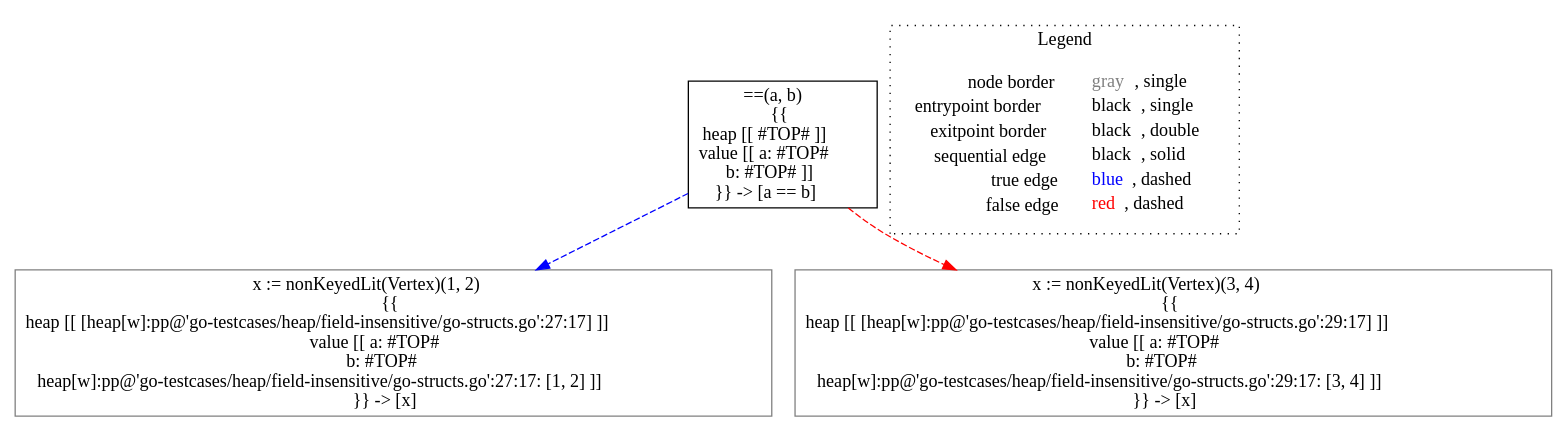
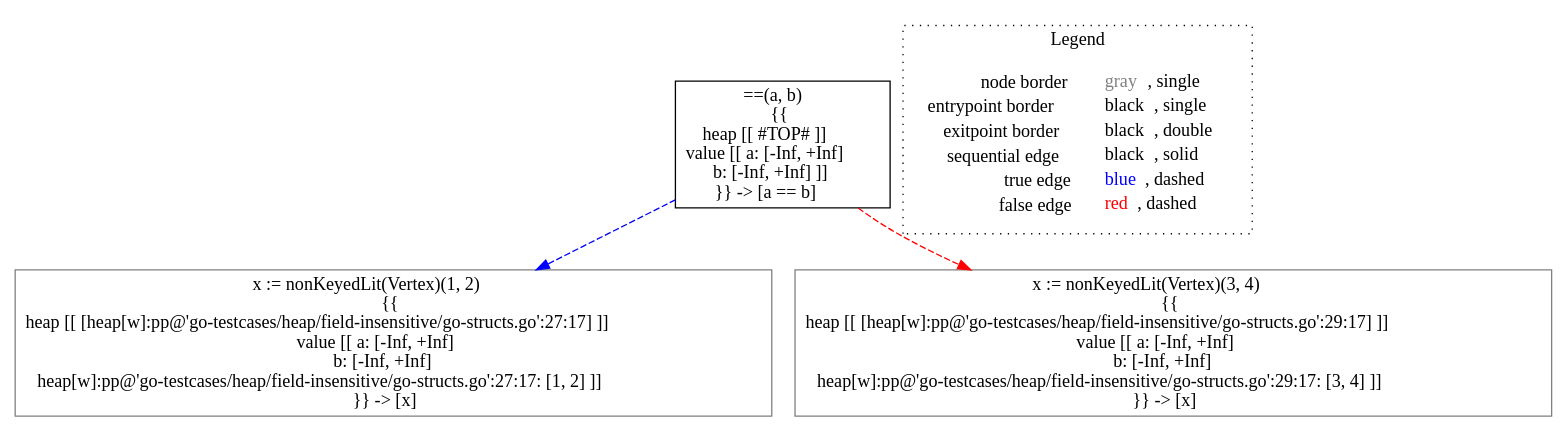
Before and after one commit to lisa-analyzer/go-lisa: the diagram in go-lisa/go-testcases/heap/field-insensitive/analysis___float64_~LiSAProgram.ifAlloc(int_a,_int_b).dot, drawn with Graphviz. The commit also changed 25 other files, not shown here.

```diff
--- a/go-lisa/go-testcases/heap/field-insensitive/analysis___float64_~LiSAProgram.ifAlloc(int_a,_int_b).dot
+++ b/go-lisa/go-testcases/heap/field-insensitive/analysis___float64_~LiSAProgram.ifAlloc(int_a,_int_b).dot
@@ -1,14 +1,14 @@
 digraph {
-	"node0" [shape="rect",color="black",label=<==(a, b)<BR/>{{<BR/>heap [[ #TOP# ]]<BR/>value [[ a: #TOP#<BR/>b: #TOP# ]]<BR/>}} -&gt; [a == b]>];
-	"node1" [shape="rect",color="gray",label=<x := nonKeyedLit(Vertex)(1, 2)<BR/>{{<BR/>heap [[ [heap[w]:pp@'go-testcases/heap/field-insensitive/go-structs.go':27:17] ]]<BR/>value [[ a: #TOP#<BR/>b: #TOP#<BR/>heap[w]:pp@'go-testcases/heap/field-insensitive/go-structs.go':27:17: [1, 2] ]]<BR/>}} -&gt; [x]>];
-	"node2" [shape="rect",color="gray",label=<x := nonKeyedLit(Vertex)(3, 4)<BR/>{{<BR/>heap [[ [heap[w]:pp@'go-testcases/heap/field-insensitive/go-structs.go':29:17] ]]<BR/>value [[ a: #TOP#<BR/>b: #TOP#<BR/>heap[w]:pp@'go-testcases/heap/field-insensitive/go-structs.go':29:17: [3, 4] ]]<BR/>}} -&gt; [x]>];
+	"node0" [shape="rect",color="black",label=<==(a, b)<BR/>{{<BR/>heap [[ #TOP# ]]<BR/>value [[ a: [-Inf, +Inf]<BR/>b: [-Inf, +Inf] ]]<BR/>}} -&gt; [a == b]>];
+	"node1" [shape="rect",color="gray",label=<x := nonKeyedLit(Vertex)(1, 2)<BR/>{{<BR/>heap [[ [heap[w]:pp@'go-testcases/heap/field-insensitive/go-structs.go':27:17] ]]<BR/>value [[ a: [-Inf, +Inf]<BR/>b: [-Inf, +Inf]<BR/>heap[w]:pp@'go-testcases/heap/field-insensitive/go-structs.go':27:17: [1, 2] ]]<BR/>}} -&gt; [x]>];
+	"node2" [shape="rect",color="gray",label=<x := nonKeyedLit(Vertex)(3, 4)<BR/>{{<BR/>heap [[ [heap[w]:pp@'go-testcases/heap/field-insensitive/go-structs.go':29:17] ]]<BR/>value [[ a: [-Inf, +Inf]<BR/>b: [-Inf, +Inf]<BR/>heap[w]:pp@'go-testcases/heap/field-insensitive/go-structs.go':29:17: [3, 4] ]]<BR/>}} -&gt; [x]>];
 	"node0" -> "node1" [color="blue",style="dashed"];
 	"node0" -> "node2" [color="red",style="dashed"];
 subgraph cluster_legend {
 	label="Legend";
 	style=dotted;
 	node [shape=plaintext];
 	"legend" [label=<<table border="0" cellpadding="2" cellspacing="0" cellborder="0"><tr><td align="right">node border&nbsp;</td><td align="left"><font color="gray">gray</font>, single</td></tr><tr><td align="right">entrypoint border&nbsp;</td><td align="left"><font color="black">black</font>, single</td></tr><tr><td align="right">exitpoint border&nbsp;</td><td align="left"><font color="black">black</font>, double</td></tr><tr><td align="right">sequential edge&nbsp;</td><td align="left"><font color="black">black</font>, solid</td></tr><tr><td align="right">true edge&nbsp;</td><td align="left"><font color="blue">blue</font>, dashed</td></tr><tr><td align="right">false edge&nbsp;</td><td align="left"><font color="red">red</font>, dashed</td></tr></table>>];
 }
 
 }
```
